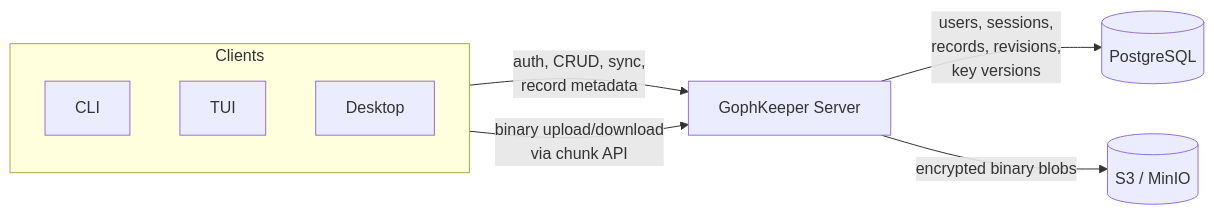
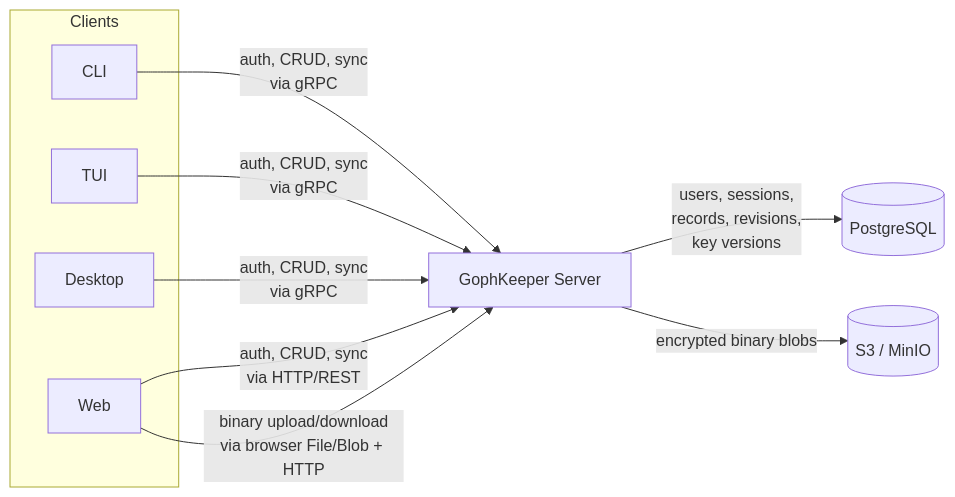
The third of 5 diagrams in .memory-bank/schemas-high.md (hydra13/gophkeeper), drawn with Mermaid before and after one commit. The commit also changed other lines of this file and 84 other files, not shown here.

````diff
--- a/.memory-bank/schemas-high.md
+++ b/.memory-bank/schemas-high.md
@@ -78,18 +95,22 @@
 ```mermaid
 flowchart LR
     subgraph Clients["Clients"]
         CLI["CLI"]
         TUI["TUI"]
         Desktop["Desktop"]
+        Web["Web"]
     end
 
     Server["GophKeeper Server"]
     DB[("PostgreSQL")]
     S3[("S3 / MinIO")]
 
-    Clients -->|"auth, CRUD, sync,\nrecord metadata"| Server
-    Clients -->|"binary upload/download\nvia chunk API"| Server
+    CLI -->|"auth, CRUD, sync\nvia gRPC"| Server
+    TUI -->|"auth, CRUD, sync\nvia gRPC"| Server
+    Desktop -->|"auth, CRUD, sync\nvia gRPC"| Server
+    Web -->|"auth, CRUD, sync\nvia HTTP/REST"| Server
+    Web -->|"binary upload/download\nvia browser File/Blob + HTTP"| Server
 
     Server -->|"users, sessions,\nrecords, revisions,\nkey versions"| DB
     Server -->|"encrypted binary blobs"| S3
 ```
````
